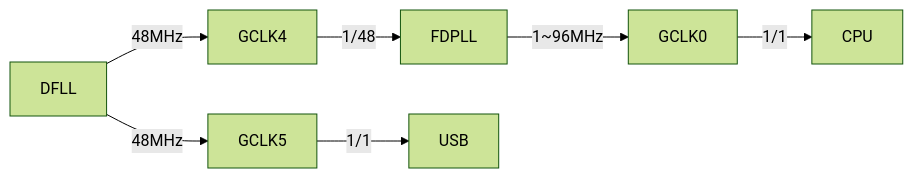
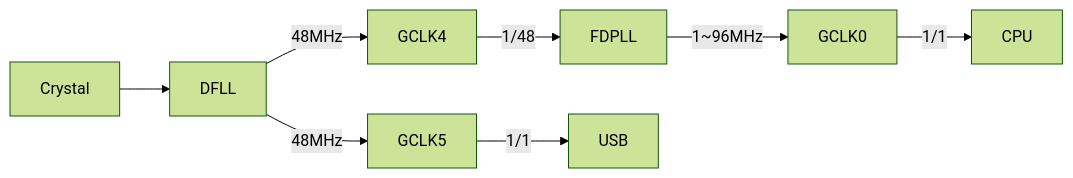
Before and after one commit to dojyorin/arduino_m0_tweak: the second of 2 diagrams in README.md, drawn with Mermaid (forest theme). The commit also changed other lines of this file, not shown here.

````diff
--- a/README.md
+++ b/README.md
@@ -53,6 +53,6 @@
 ```mermaid
 flowchart LR
 
-DFLL --"48MHz"--> GCLK4 --"1/48"--> FDPLL --"1~96MHz"--> GCLK0 --"1/1"--> CPU
+Crystal --> DFLL --"48MHz"--> GCLK4 --"1/48"--> FDPLL --"1~96MHz"--> GCLK0 --"1/1"--> CPU
 DFLL --"48MHz"--> GCLK5 --"1/1"--> USB
 ```
````
